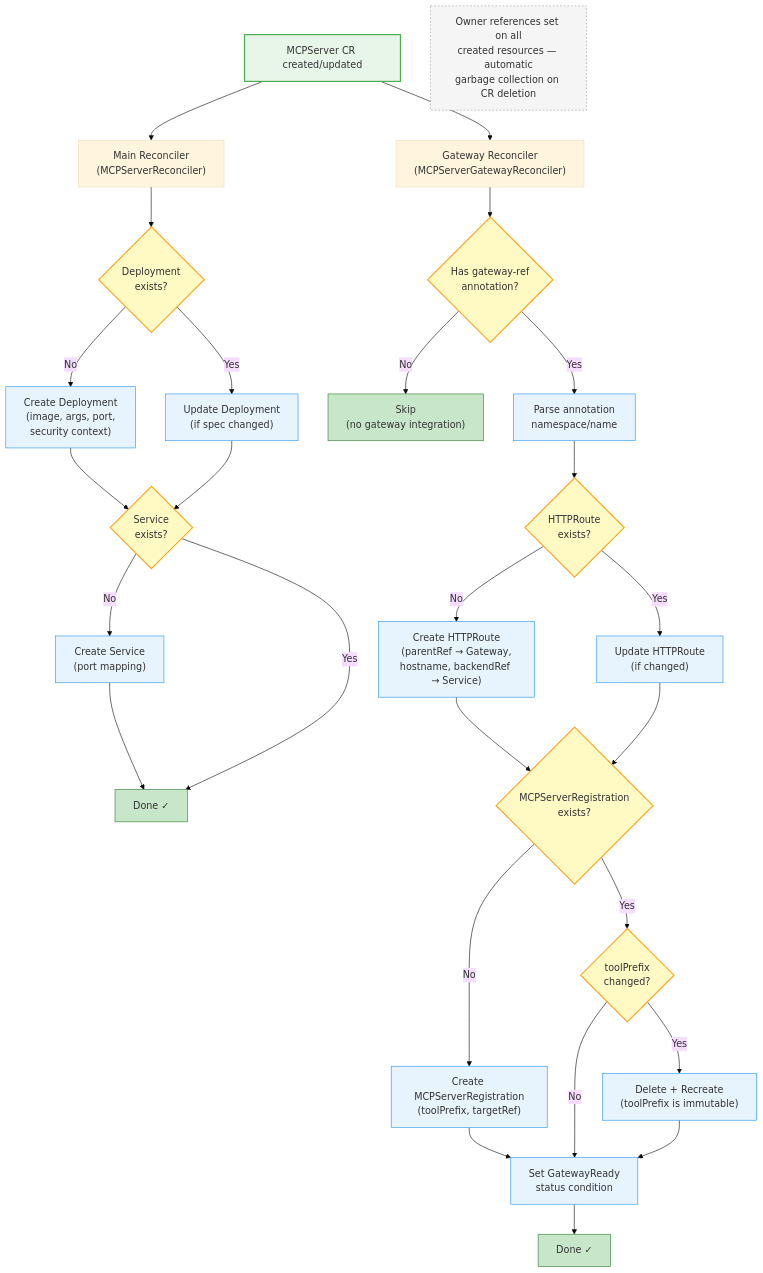
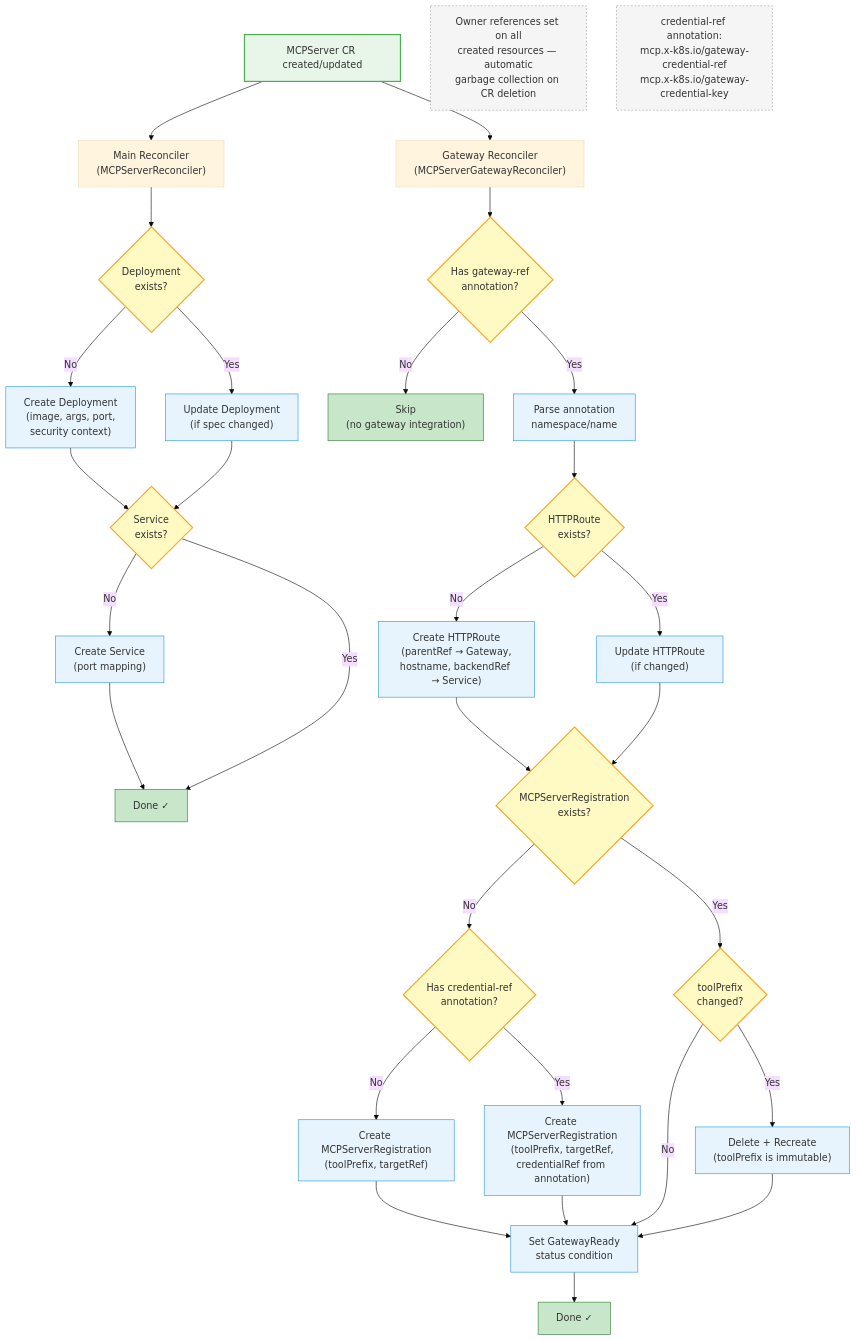
One commit to jaideepr97/mcp-ecosystem-experimentation changed the diagram in docs/diagrams/operator-reconciliation.mermaid. Above: the diagram before and after it, drawn with Mermaid. The commit also changed 18 other files, not shown here.

First line of the commit message:
Phase 15: Per-user credential exchange via Vault + GitHub MCP server

```diff
--- a/docs/diagrams/operator-reconciliation.mermaid
+++ b/docs/diagrams/operator-reconciliation.mermaid
@@ -1,50 +1,56 @@
 %%{ init: { 'theme': 'base' } }%%
 
 flowchart TD
     cr["MCPServer CR created/updated"]
 
     cr --> main["Main Reconciler<br/>(MCPServerReconciler)"]
     cr --> gw["Gateway Reconciler<br/>(MCPServerGatewayReconciler)"]
 
     main --> check-deploy{"Deployment<br/>exists?"}
     check-deploy -->|No| create-deploy["Create Deployment<br/>(image, args, port,<br/>security context)"]
     check-deploy -->|Yes| update-deploy["Update Deployment<br/>(if spec changed)"]
 
     create-deploy --> check-svc{"Service<br/>exists?"}
     update-deploy --> check-svc
     check-svc -->|No| create-svc["Create Service<br/>(port mapping)"]
     check-svc -->|Yes| done-main["Done ✓"]
     create-svc --> done-main
 
     gw --> check-ann{"Has gateway-ref<br/>annotation?"}
     check-ann -->|No| skip["Skip<br/>(no gateway integration)"]
     check-ann -->|Yes| parse["Parse annotation<br/>namespace/name"]
 
     parse --> check-hr{"HTTPRoute<br/>exists?"}
     check-hr -->|No| create-hr["Create HTTPRoute<br/>(parentRef → Gateway,<br/>hostname, backendRef → Service)"]
     check-hr -->|Yes| update-hr["Update HTTPRoute<br/>(if changed)"]
 
     create-hr --> check-reg{"MCPServerRegistration<br/>exists?"}
     update-hr --> check-reg
-    check-reg -->|No| create-reg["Create MCPServerRegistration<br/>(toolPrefix, targetRef)"]
+    check-reg -->|No| check-cred{"Has credential-ref<br/>annotation?"}
     check-reg -->|Yes| check-prefix{"toolPrefix<br/>changed?"}
     check-prefix -->|No| status["Set GatewayReady<br/>status condition"]
     check-prefix -->|Yes| recreate["Delete + Recreate<br/>(toolPrefix is immutable)"]
+
+    check-cred -->|No| create-reg["Create MCPServerRegistration<br/>(toolPrefix, targetRef)"]
+    check-cred -->|Yes| create-reg-cred["Create MCPServerRegistration<br/>(toolPrefix, targetRef,<br/>credentialRef from annotation)"]
+
     create-reg --> status
+    create-reg-cred --> status
     recreate --> status
 
     status --> done-gw["Done ✓"]
 
     note1["Owner references set on all<br/>created resources — automatic<br/>garbage collection on CR deletion"]
+    note2["credential-ref annotation:<br/>mcp.x-k8s.io/gateway-credential-ref<br/>mcp.x-k8s.io/gateway-credential-key"]
 
     classDef decision fill:#fff9c4,stroke:#F9A825,stroke-width:2px
     classDef action fill:#e8f4fd,stroke:#2196F3,stroke-width:1px
     classDef start fill:#e8f5e9,stroke:#4CAF50,stroke-width:2px
     classDef done fill:#c8e6c9,stroke:#2E7D32,stroke-width:1px
     classDef note fill:#f5f5f5,stroke:#9E9E9E,stroke-width:1px,stroke-dasharray:3 3
 
     class cr start
-    class check-deploy,check-svc,check-ann,check-hr,check-reg,check-prefix decision
-    class create-deploy,update-deploy,create-svc,create-hr,update-hr,create-reg,recreate,status,parse action
+    class check-deploy,check-svc,check-ann,check-hr,check-reg,check-prefix,check-cred decision
+    class create-deploy,update-deploy,create-svc,create-hr,update-hr,create-reg,create-reg-cred,recreate,status,parse action
     class done-main,done-gw,skip done
-    class note1 note
+    class note1,note2 note
```
